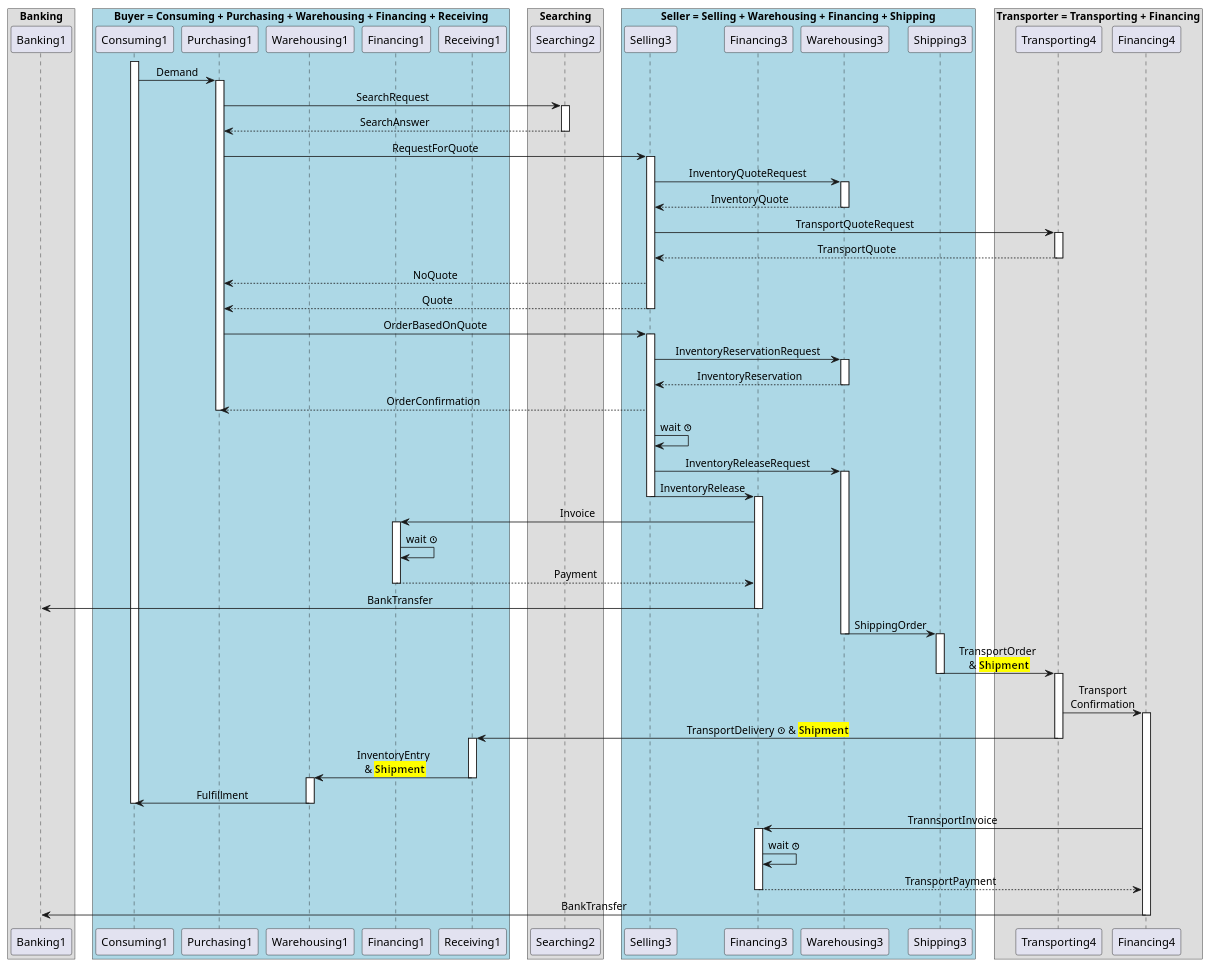
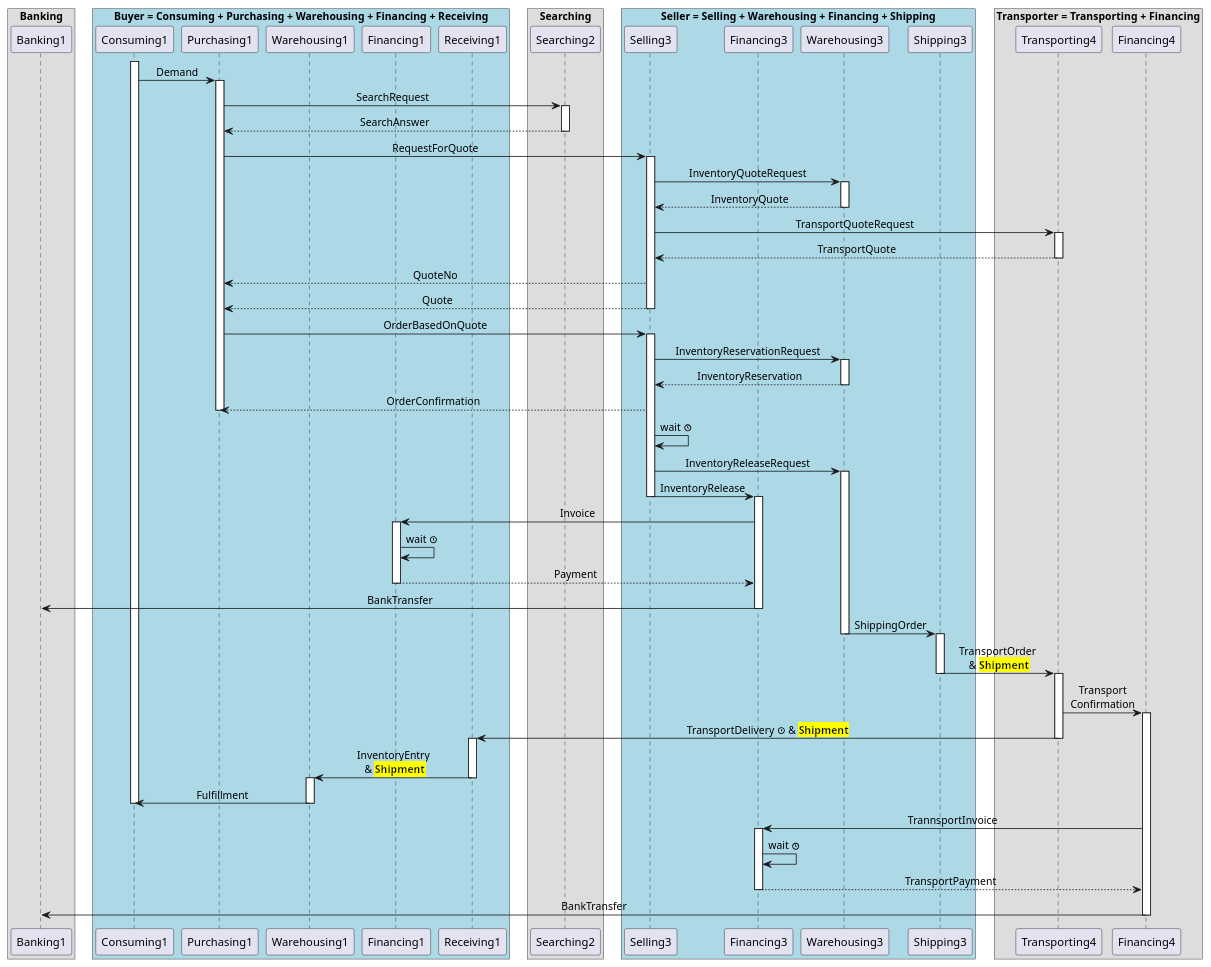
The diagram in doc/5-components/diagrams/gscg-sim-sequence.puml (averbraeck/gscg-design), drawn with PlantUML before and after one commit.

Commit message:
Rename NoQuote to QuoteNo to make consistent with table and code

```diff
--- a/doc/5-components/diagrams/gscg-sim-sequence.puml
+++ b/doc/5-components/diagrams/gscg-sim-sequence.puml
@@ -1,95 +1,95 @@
 @startuml
 skinparam BoxPadding 10
 skinparam sequenceMessageAlign center
 
 box "Banking"
 participant Banking1 as BR0
 end box
 
 box "Buyer = Consuming + Purchasing + Warehousing + Financing + Receiving" #LightBlue
 participant Consuming1 as CR1
 participant Purchasing1 as PR1
 participant Warehousing1 as WR1
 participant Financing1 as FR1
 participant Receiving1 AS RR1
 end box
 
 box "Searching"
 participant Searching2 as SR2
 end box
 
 box "Seller = Selling + Warehousing + Financing + Shipping" #LightBlue
 participant Selling3 as SR3
 participant Financing3 as FR3
 participant Warehousing3 as WR3
 participant Shipping3 as ShR3
 end box
 
 box "Transporter = Transporting + Financing"
 participant Transporting4 as TR4
 participant Financing4 as FR4
 end box
 
 activate CR1
 CR1 -> PR1: Demand
   activate PR1
   PR1 -> SR2: SearchRequest
     activate SR2
     return SearchAnswer
   PR1 -> SR3: RequestForQuote
     activate SR3
     SR3 -> WR3: InventoryQuoteRequest
       activate WR3
       return InventoryQuote
     SR3 -> TR4: TransportQuoteRequest
       activate TR4
       return TransportQuote
-    SR3 --> PR1: NoQuote
+    SR3 --> PR1: QuoteNo
     return Quote
     
   PR1 -> SR3: OrderBasedOnQuote
     activate SR3
     SR3 -> WR3: InventoryReservationRequest
       activate WR3
       return InventoryReservation
     SR3 --> PR1: OrderConfirmation
   deactivate PR1
     SR3 -> SR3: wait <&clock>
     SR3 -> WR3: InventoryReleaseRequest
     activate WR3
     SR3 -> FR3: InventoryRelease
       deactivate SR3
       activate FR3
       FR3 -> FR1: Invoice
       activate FR1
         FR1 -> FR1: wait <&clock>
         FR1 --> FR3: Payment
         deactivate FR1
       FR3 -> BR0: BankTransfer
     deactivate FR3
 
     WR3 -> ShR3: ShippingOrder
       deactivate WR3
       activate ShR3
       ShR3 -> TR4: TransportOrder\n & <back:yellow><b>Shipment</b>
         deactivate ShR3
         activate TR4
         TR4 -> FR4: Transport\nConfirmation
           activate FR4
         TR4 -> RR1: TransportDelivery <&clock> & <back:yellow><b>Shipment</b>
           deactivate TR4
         activate RR1
         RR1 -> WR1: InventoryEntry\n & <back:yellow><b>Shipment</b>
           deactivate RR1
           activate WR1
           WR1 -> CR1: Fulfillment
           deactivate WR1
       deactivate CR1
       FR4 -> FR3: TrannsportInvoice
       activate FR3
         FR3 -> FR3: wait <&clock>
         FR3 --> FR4: TransportPayment
         deactivate FR3
       FR4 -> BR0: BankTransfer
     deactivate FR4
 @enduml
```
